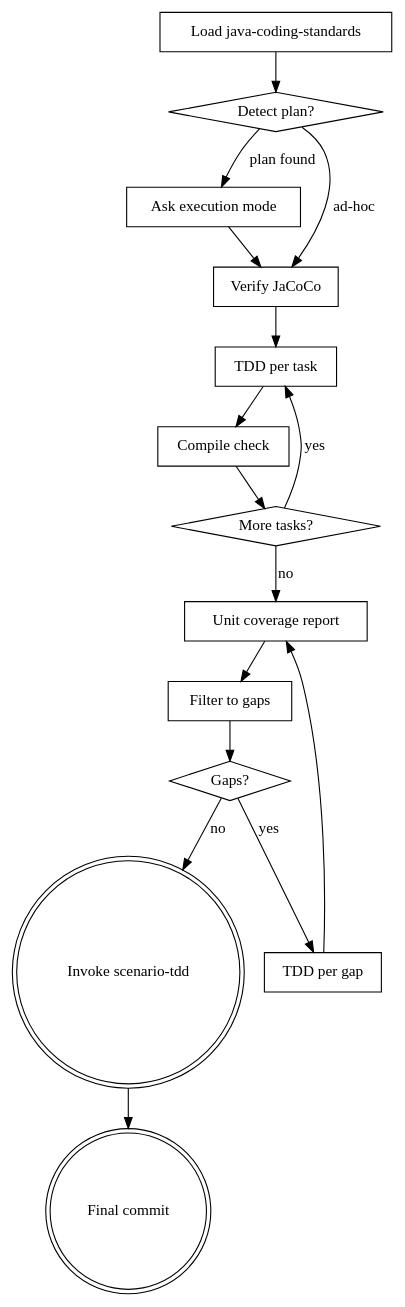
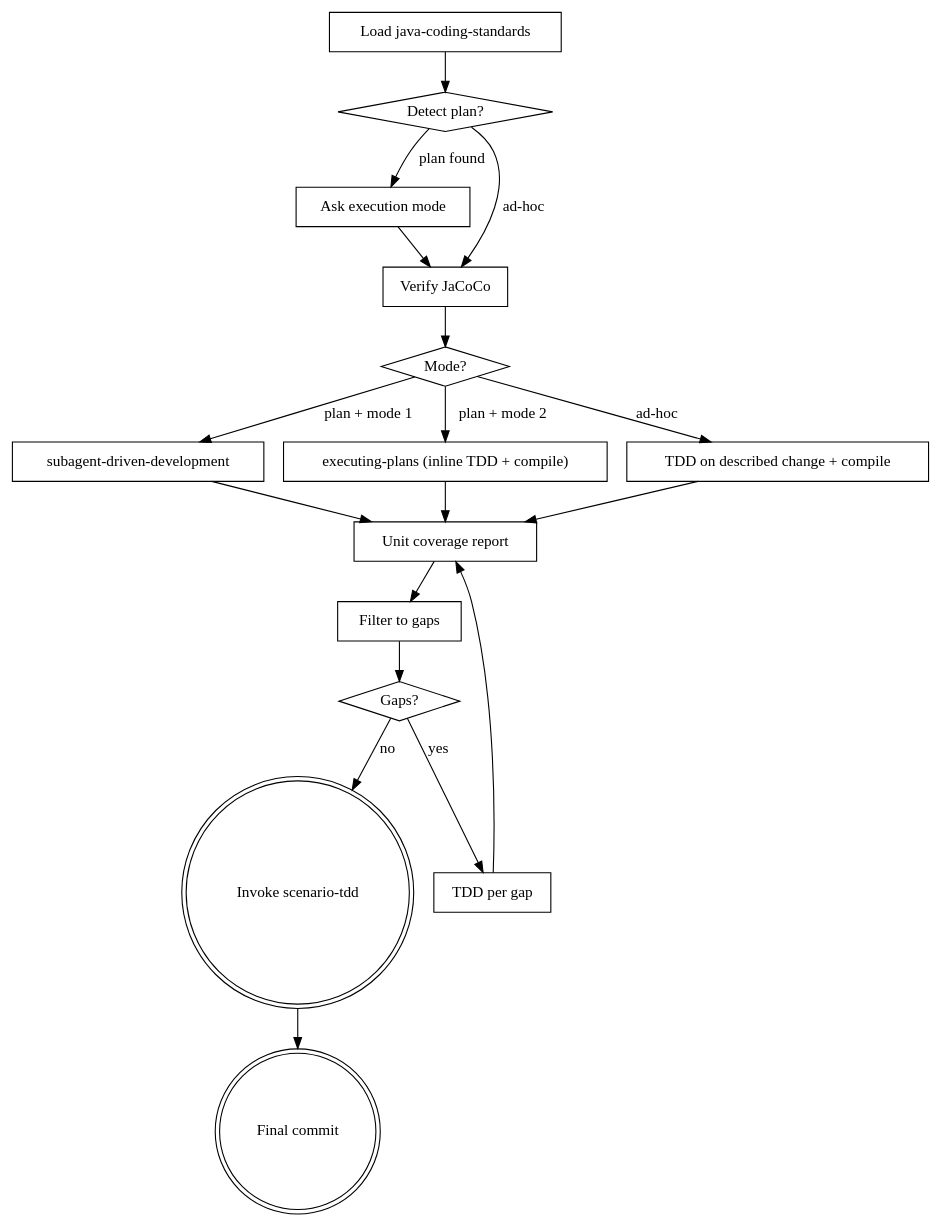
The diagram in skills/java-tdd/SKILL.md (honghaowuu/jkit), drawn with Graphviz before and after one commit. The commit also changed other lines of this file, not shown here.

Commit message:
fix(java-tdd): route Step 4 by Step 2 execution mode
Step 2 offered subagent-driven vs inline modes but Step 4 ignored
the choice and always invoked test-driven-development directly.
Step 4 now branches: mode 1 dispatches subagent-driven-development,
mode 2 invokes executing-plans, ad-hoc runs TDD inline. Step 4.5's
scope is explicit (parent flow for inline/ad-hoc, embedded as a
subagent acceptance gate for mode 1). Diagram and checklist mirror
the routing.

````diff
--- a/skills/java-tdd/SKILL.md
+++ b/skills/java-tdd/SKILL.md
@@ -37,33 +37,36 @@
 ```dot
 digraph java_tdd {
     "Load java-coding-standards" [shape=box];
     "Detect plan?" [shape=diamond];
     "Ask execution mode" [shape=box];
     "Verify JaCoCo" [shape=box];
-    "TDD per task" [shape=box];
-    "Compile check" [shape=box];
-    "More tasks?" [shape=diamond];
+    "Mode?" [shape=diamond];
+    "subagent-driven-development" [shape=box];
+    "executing-plans (inline TDD + compile)" [shape=box];
+    "TDD on described change + compile" [shape=box];
     "Unit coverage report" [shape=box];
     "Filter to gaps" [shape=box];
     "Gaps?" [shape=diamond];
     "TDD per gap" [shape=box];
     "Invoke scenario-tdd" [shape=doublecircle];
     "Final commit" [shape=doublecircle];
 
     "Load java-coding-standards" -> "Detect plan?";
     "Detect plan?" -> "Ask execution mode" [label="plan found"];
     "Detect plan?" -> "Verify JaCoCo" [label="ad-hoc"];
     "Ask execution mode" -> "Verify JaCoCo";
-    "Verify JaCoCo" -> "TDD per task";
-    "TDD per task" -> "Compile check";
-    "Compile check" -> "More tasks?";
-    "More tasks?" -> "TDD per task" [label="yes"];
-    "More tasks?" -> "Unit coverage report" [label="no"];
+    "Verify JaCoCo" -> "Mode?";
+    "Mode?" -> "subagent-driven-development" [label="plan + mode 1"];
+    "Mode?" -> "executing-plans (inline TDD + compile)" [label="plan + mode 2"];
+    "Mode?" -> "TDD on described change + compile" [label="ad-hoc"];
+    "subagent-driven-development" -> "Unit coverage report";
+    "executing-plans (inline TDD + compile)" -> "Unit coverage report";
+    "TDD on described change + compile" -> "Unit coverage report";
     "Unit coverage report" -> "Filter to gaps";
     "Filter to gaps" -> "Gaps?";
     "Gaps?" -> "TDD per gap" [label="yes"];
     "TDD per gap" -> "Unit coverage report";
     "Gaps?" -> "Invoke scenario-tdd" [label="no"];
     "Invoke scenario-tdd" -> "Final commit";
 }
 ```
````
